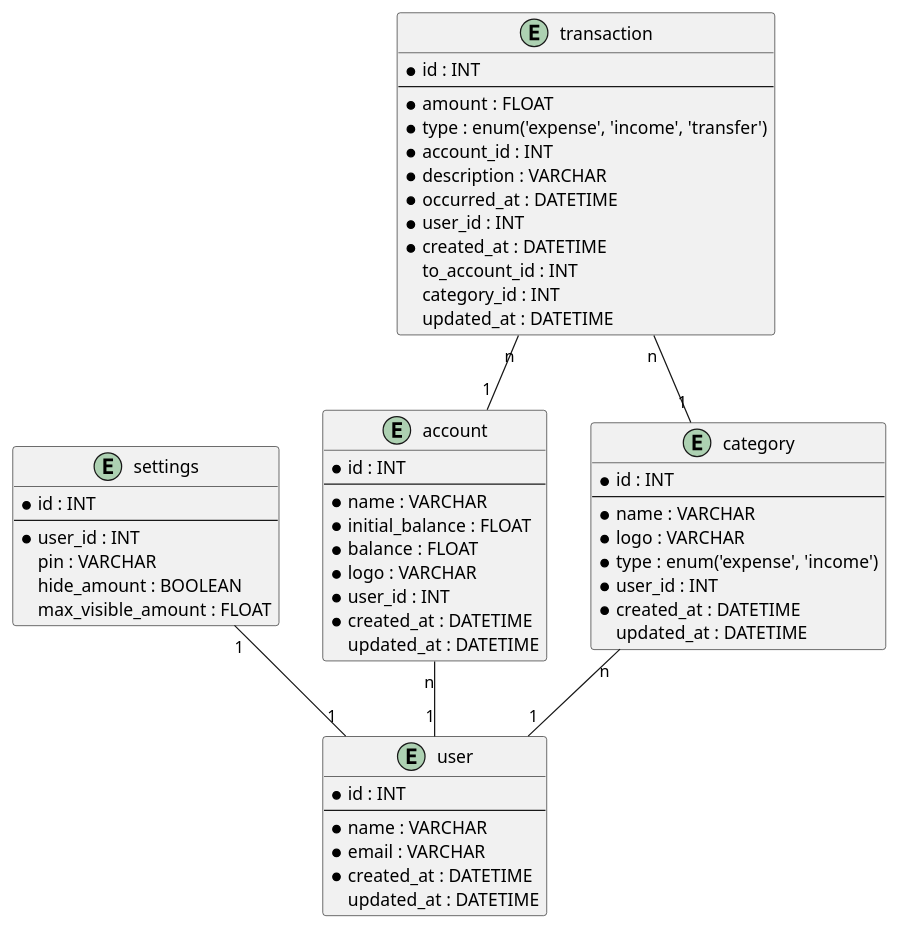
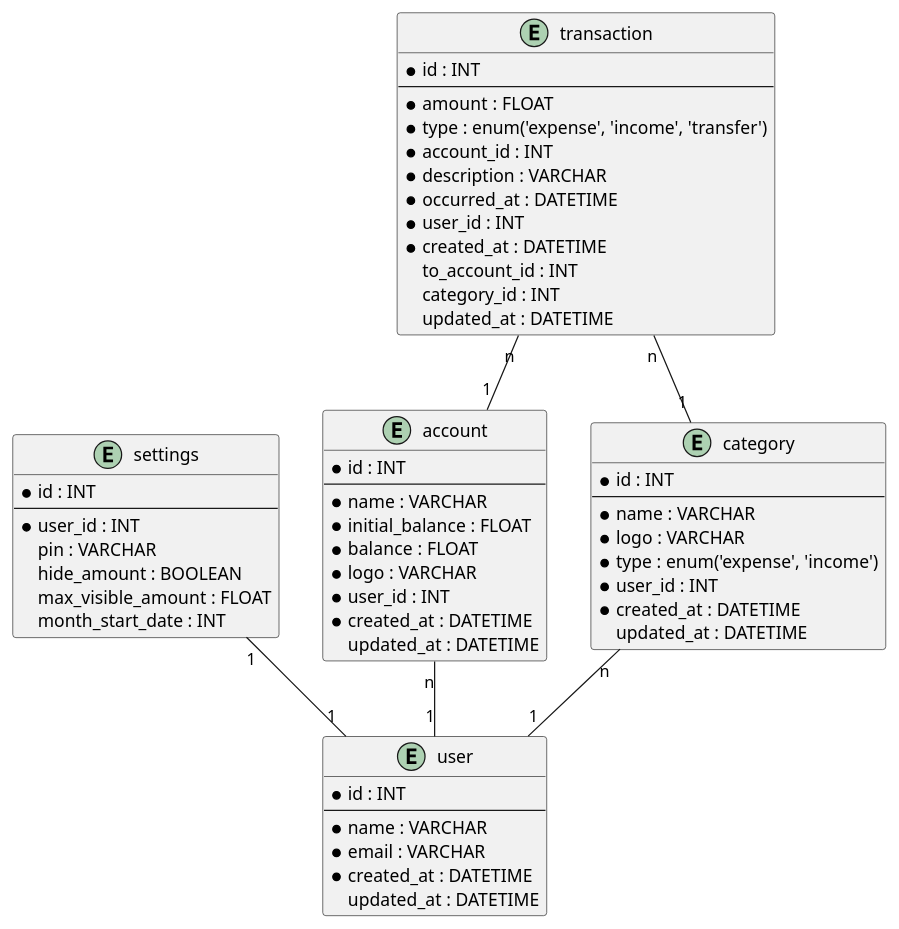
One commit to ylfyt/duitify changed the diagram in docs/erd.puml. Above: the diagram before and after it, drawn with PlantUML. The commit also changed 5 other files, not shown here.

Commit message:
adding month_start_date settings

```diff
--- a/docs/erd.puml
+++ b/docs/erd.puml
@@ -1,66 +1,67 @@
 @startuml erd
 
 entity user {
     * id : INT
     --
     * name : VARCHAR
     * email : VARCHAR
     * created_at : DATETIME
     updated_at : DATETIME
 }
 
 entity settings {
     * id : INT
     --
     * user_id : INT
     pin : VARCHAR
     hide_amount : BOOLEAN
     max_visible_amount : FLOAT
+    month_start_date : INT    
 }
 
 entity account {
     * id : INT
     --
     * name : VARCHAR
     * initial_balance : FLOAT
     * balance : FLOAT
     * logo : VARCHAR
     * user_id : INT
     * created_at : DATETIME
     updated_at : DATETIME
 }
 
 entity category {
     * id : INT
     --
     * name : VARCHAR
     * logo : VARCHAR
     * type : enum('expense', 'income')
     * user_id : INT
     * created_at : DATETIME
     updated_at : DATETIME
 }
 
 
 entity transaction {
     * id : INT
     --
     * amount : FLOAT
     * type : enum('expense', 'income', 'transfer')
     * account_id : INT
     * description : VARCHAR
     * occurred_at : DATETIME
     * user_id : INT
     * created_at : DATETIME
     to_account_id : INT
     category_id : INT
     updated_at : DATETIME
 }
 
 account "n" -- "1" user
 category "n" -- "1" user
 transaction "n" -- "1" account
 transaction "n" -- "1" category
 settings "1" -- "1" user
 
 @enduml
```
